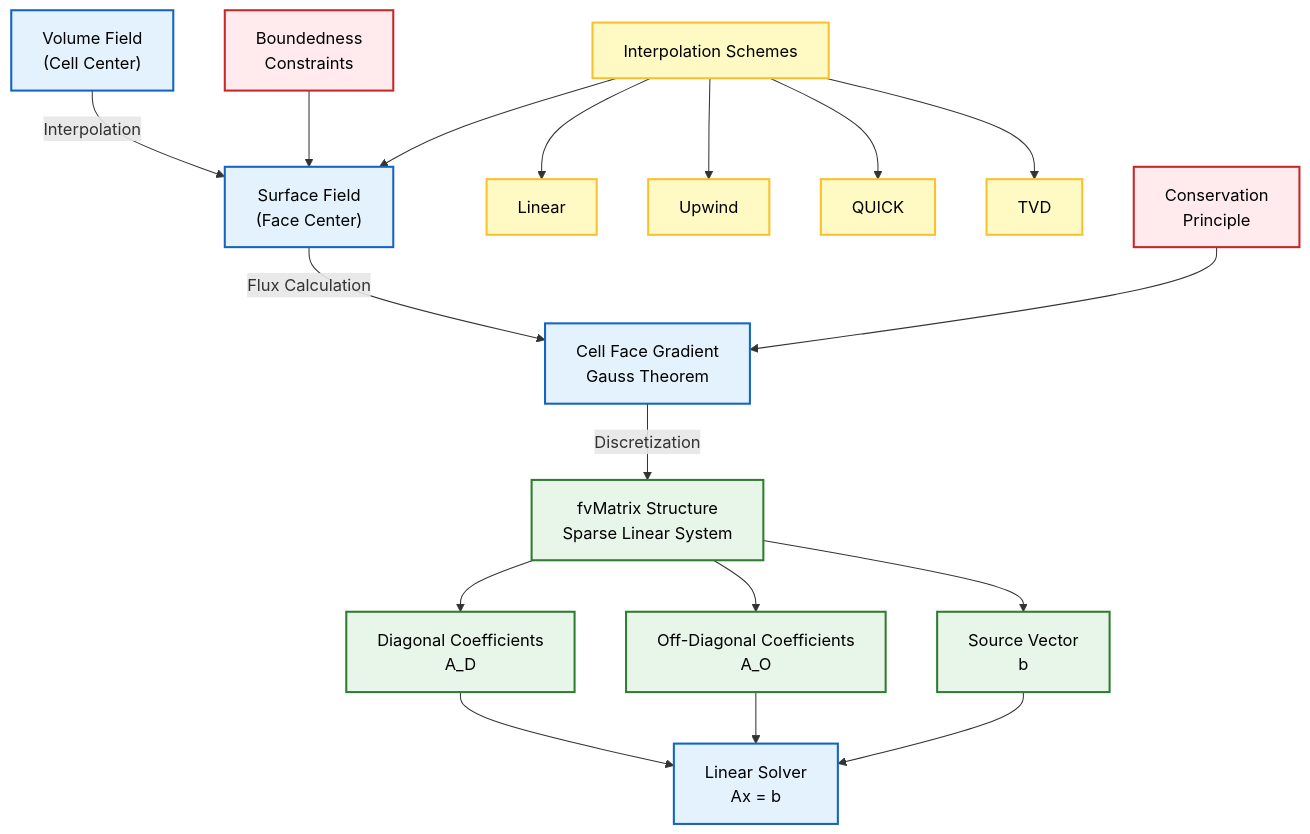
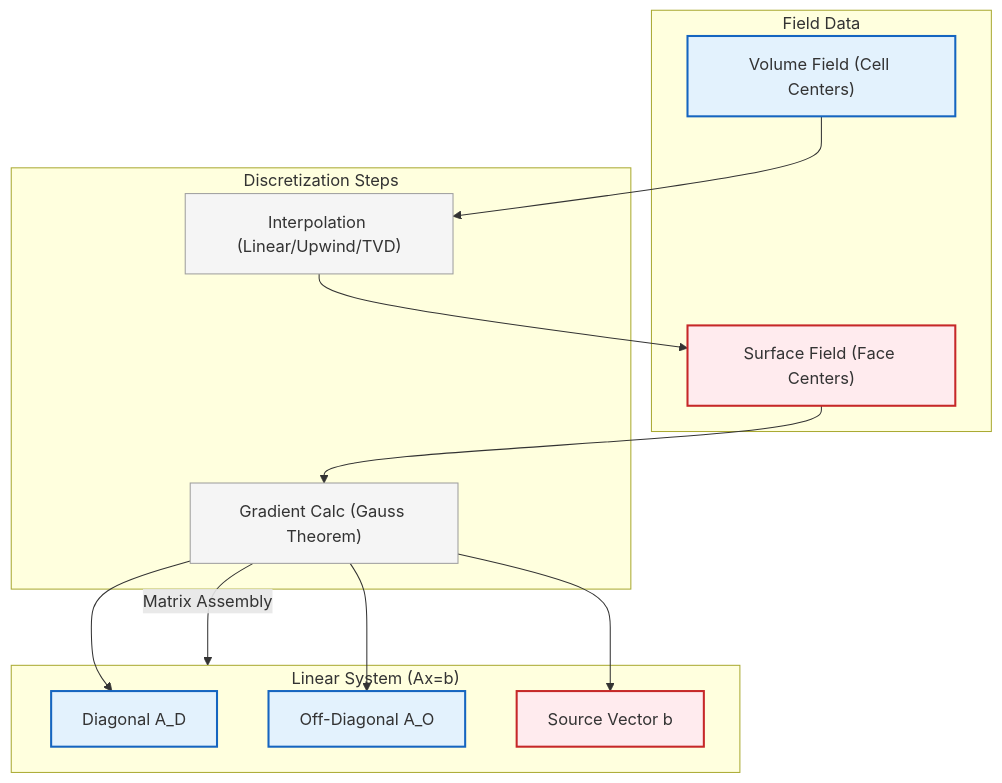
One commit to wramet/build-my-cfd changed the second of 4 diagrams in MODULE_01_CFD_FUNDAMENTALS/CONTENT/02_FINITE_VOLUME_METHOD/06_OpenFOAM_Implementation.md. Above: the diagram before and after it, drawn with Mermaid. The commit also changed other lines of this file and 313 other files, not shown here.

Commit message:
Revise all diagram

````diff
--- a/MODULE_01_CFD_FUNDAMENTALS/CONTENT/02_FINITE_VOLUME_METHOD/06_OpenFOAM_Implementation.md
+++ b/MODULE_01_CFD_FUNDAMENTALS/CONTENT/02_FINITE_VOLUME_METHOD/06_OpenFOAM_Implementation.md
@@ -131,33 +124,30 @@
 ```mermaid
 graph TD
-    A["Volume Field<br/>(Cell Center)"] -->|Interpolation| B["Surface Field<br/>(Face Center)"]
-    B -->|Flux Calculation| C["Cell Face Gradient<br/>Gauss Theorem"]
-    C -->|Discretization| D["fvMatrix Structure<br/>Sparse Linear System"]
+%% Process Flow: From Field to Matrix
+subgraph Data["Field Data"]
+    VolField["Volume Field (Cell Centers)"]:::implicit
+    SurfField["Surface Field (Face Centers)"]:::explicit
+end
+subgraph Discretization["Discretization Steps"]
+    Interp["Interpolation (Linear/Upwind/TVD)"]:::context
+    Grad["Gradient Calc (Gauss Theorem)"]:::context
+end
+subgraph Matrix["Linear System (Ax=b)"]
+    Diag["Diagonal A_D"]:::implicit
+    OffDiag["Off-Diagonal A_O"]:::implicit
+    Source["Source Vector b"]:::explicit
+end
 
-    D --> E["Diagonal Coefficients<br/>A_D"]
-    D --> F["Off-Diagonal Coefficients<br/>A_O"]
-    D --> G["Source Vector<br/>b"]
+%% Flow
+VolField --> Interp --> SurfField
+SurfField --> Grad
+Grad -->|Matrix Assembly| Matrix
+Grad --> Diag
+Grad --> OffDiag
+Grad --> Source
 
-    E --> H["Linear Solver<br/>Ax = b"]
-    F --> H
-    G --> H
-
-    I["Interpolation Schemes"] --> B
-    I --> J["Linear"]
-    I --> K["Upwind"]
-    I --> L["QUICK"]
-    I --> M["TVD"]
-
-    N["Conservation<br/>Principle"] --> C
-    O["Boundedness<br/>Constraints"] --> B
-
-    classDef process fill:#e3f2fd,stroke:#1565c0,stroke-width:2px,color:#000;
-    classDef decision fill:#fff9c4,stroke:#fbc02d,stroke-width:2px,color:#000;
-    classDef terminator fill:#ffebee,stroke:#c62828,stroke-width:2px,color:#000;
-    classDef storage fill:#e8f5e9,stroke:#2e7d32,stroke-width:2px,color:#000;
-
-    class A,B,C,H process;
-    class D,E,F,G storage;
-    class I,J,K,L,M decision;
-    class N,O terminator;
+%% Classes
+classDef implicit fill:#e3f2fd,stroke:#1565c0,stroke-width:2px
+classDef explicit fill:#ffebee,stroke:#c62828,stroke-width:2px
+classDef context fill:#f5f5f5,stroke:#9e9e9e,stroke-width:1px
 ```
````
